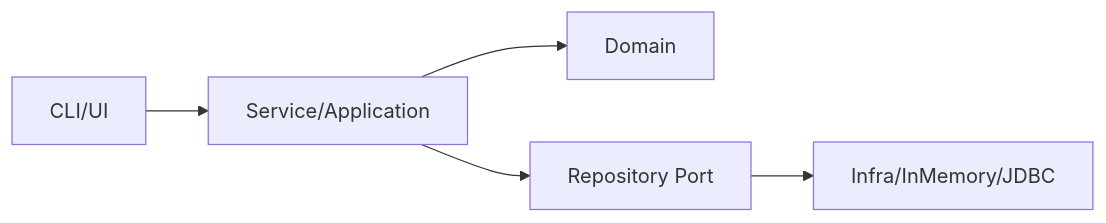
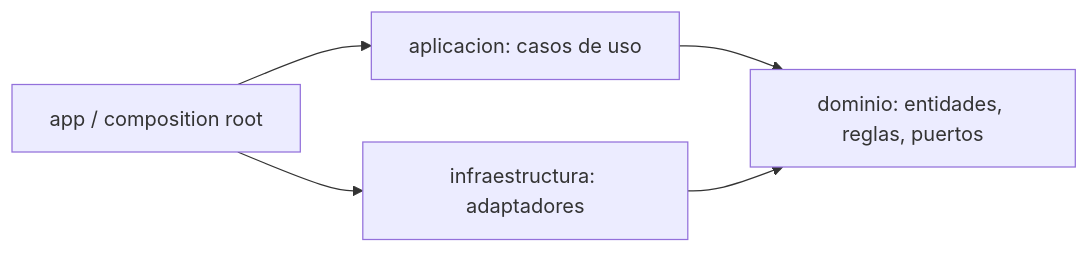
One commit to NICORUIZ93/The_Imperial_Book changed the diagram in web/public/content/java/modulo-13.md. Above: the diagram before and after it, drawn with Mermaid. The commit also changed other lines of this file and 1 other file, not shown here.

````diff
--- a/web/public/content/java/modulo-13.md
+++ b/web/public/content/java/modulo-13.md
@@ -82,7 +404,7 @@
 ```mermaid
 flowchart LR
-  UI[CLI/UI] --> APP[Service/Application]
-  APP --> DOM[Domain]
-  APP --> PORT[Repository Port]
-  PORT --> INFRA[Infra/InMemory/JDBC]
+  App[app / composition root] --> A[aplicacion: casos de uso]
+  A --> D[dominio: entidades, reglas, puertos]
+  I[infraestructura: adaptadores] --> D
+  App --> I
 ```
````
